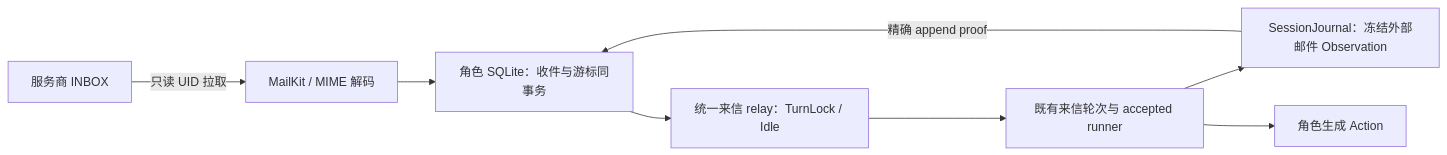
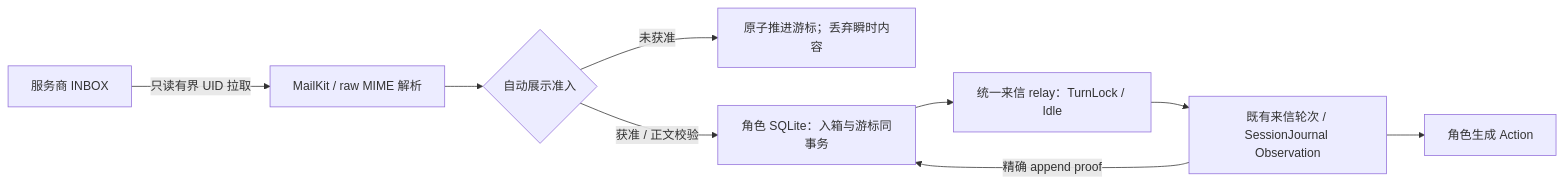
One commit to Atelia-org/atelia changed the diagram in docs/Galatea/imap-email-mvp-design-and-implementation.md. Above: the diagram before and after it, drawn with Mermaid. The commit also changed other lines of this file and 3 other files, not shown here.

````diff
--- a/docs/Galatea/imap-email-mvp-design-and-implementation.md
+++ b/docs/Galatea/imap-email-mvp-design-and-implementation.md
@@ -11,10 +11,11 @@
 ```mermaid
 flowchart LR
-    A[服务商 INBOX] -->|只读 UID 拉取| B[MailKit / MIME 解码]
-    B --> C[角色 SQLite：收件与游标同事务]
-    C --> D[统一来信 relay：TurnLock / Idle]
-    D --> E[既有来信轮次与 accepted runner]
-    E --> F[SessionJournal：冻结外部邮件 Observation]
-    F -->|精确 append proof| C
-    E --> G[角色生成 Action]
+    A[服务商 INBOX] -->|只读有界 UID 拉取| B[MailKit / raw MIME 解析]
+    B --> C{自动展示准入}
+    C -->|未获准| H[原子推进游标；丢弃瞬时内容]
+    C -->|获准 / 正文校验| D[角色 SQLite：入箱与游标同事务]
+    D --> E[统一来信 relay：TurnLock / Idle]
+    E --> F[既有来信轮次 / SessionJournal Observation]
+    F -->|精确 append proof| D
+    F --> G[角色生成 Action]
 ```
````
